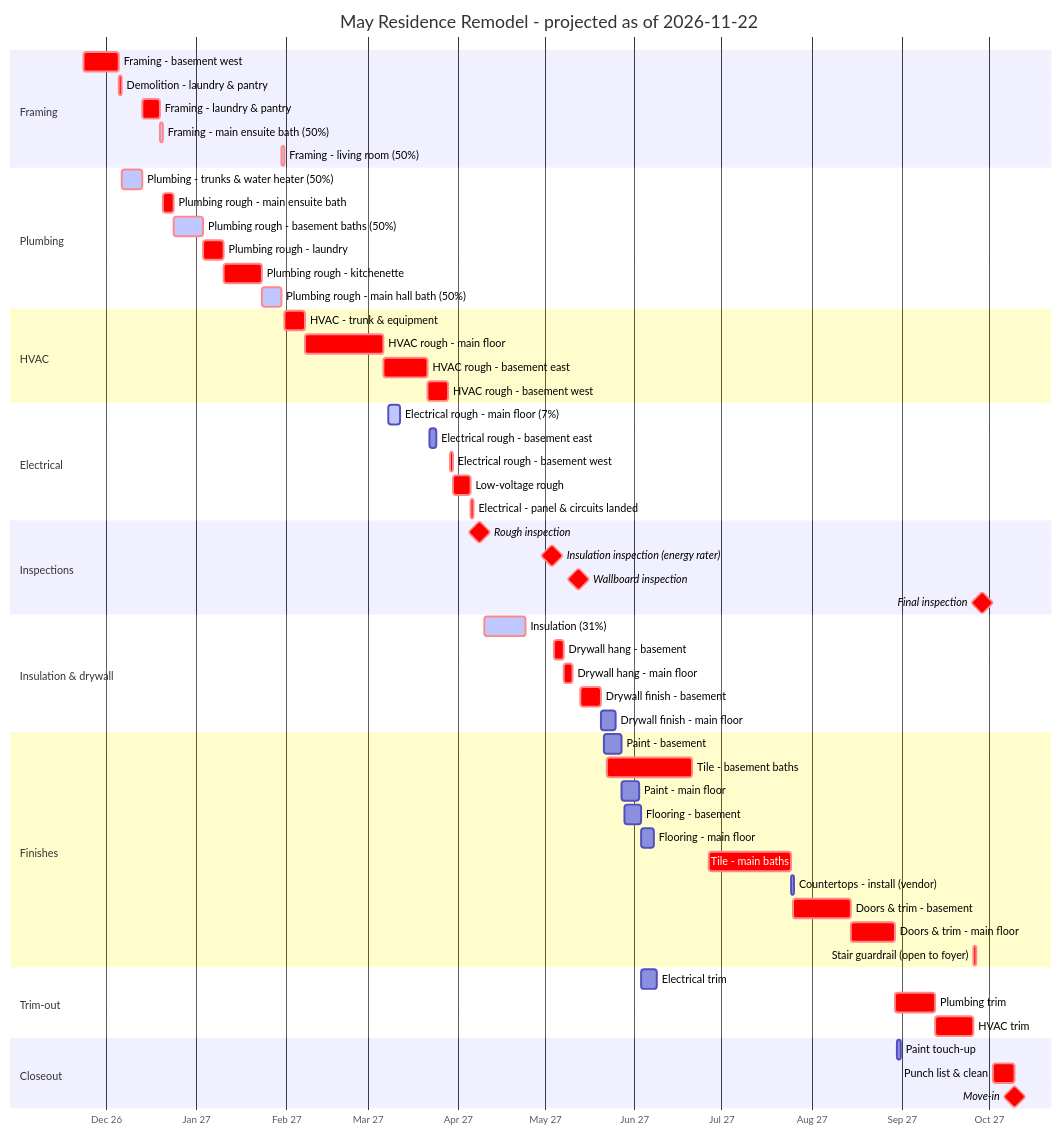
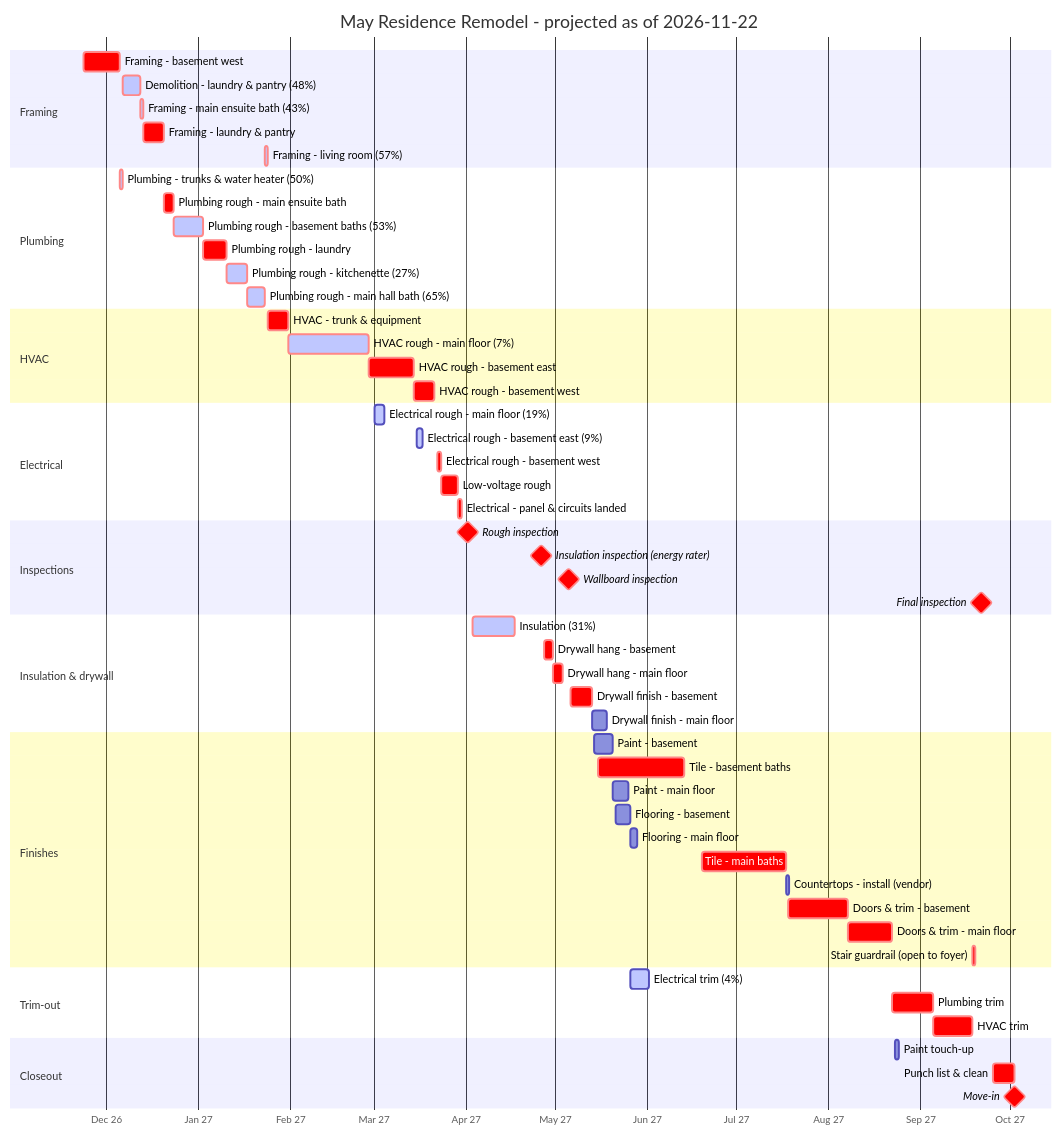
Before and after one commit to jsharkey/billings: the diagram in SCHEDULE.md, drawn with Mermaid. The commit also changed other lines of this file and 3 other files, not shown here.

First line of the commit message:
Color gantt bars by % done; merge high boxes and ceiling boxes/cans

````diff
--- a/SCHEDULE.md
+++ b/SCHEDULE.md
@@ -17,62 +17,62 @@
 ```mermaid
 gantt
     title May Residence Remodel - projected as of 2026-11-22
     dateFormat YYYY-MM-DD HH:mm
     axisFormat %b %y
     tickInterval 1month
     todayMarker off
     section Framing
     Framing - basement west :crit, fram_bsmt_west, 2026-11-23 08:00, 2026-12-05 11:48
-    Demolition - laundry & pantry :crit, demo_main_laundry, 2026-12-05 11:48, 2026-12-06 13:48
-    Framing - laundry & pantry :crit, fram_main_laundry, 2026-12-13 09:48, 2026-12-19 15:48
-    Framing - main ensuite bath (50%) :active, crit, fram_main_s_bath, 2026-12-19 15:48, 2026-12-20 13:24
-    Framing - living room (50%) :active, crit, fram_main_living, 2027-01-30 10:24, 2027-01-31 10:48
+    Demolition - laundry & pantry (48%) :active, crit, demo_main_laundry, 2026-12-06 15:48, 2026-12-12 13:00
+    Framing - main ensuite bath (43%) :active, crit, fram_main_s_bath, 2026-12-12 13:00, 2026-12-13 11:24
+    Framing - laundry & pantry :crit, fram_main_laundry, 2026-12-13 11:24, 2026-12-20 09:24
+    Framing - living room (57%) :active, crit, fram_main_living, 2027-01-23 10:24, 2027-01-24 09:36
     section Plumbing
-    Plumbing - trunks & water heater (50%) :active, crit, plum_house, 2026-12-06 13:48, 2026-12-13 09:48
-    Plumbing rough - main ensuite bath :crit, plum_main_s_bath, 2026-12-20 13:24, 2026-12-24 11:24
-    Plumbing rough - basement baths (50%) :active, crit, plum_bsmt_baths, 2026-12-24 11:24, 2027-01-03 09:24
-    Plumbing rough - laundry :crit, plum_main_laundry, 2027-01-03 09:24, 2027-01-10 15:24
-    Plumbing rough - kitchenette :crit, plum_bsmt_kitchenette, 2027-01-10 15:24, 2027-01-23 13:24
-    Plumbing rough - main hall bath (50%) :active, crit, plum_main_n_bath, 2027-01-23 13:24, 2027-01-30 10:24
+    Plumbing - trunks & water heater (50%) :active, crit, plum_house, 2026-12-05 11:48, 2026-12-06 15:48
+    Plumbing rough - main ensuite bath :crit, plum_main_s_bath, 2026-12-20 09:24, 2026-12-23 15:24
+    Plumbing rough - basement baths (53%) :active, crit, plum_bsmt_baths, 2026-12-23 15:24, 2027-01-02 11:24
+    Plumbing rough - laundry :crit, plum_main_laundry, 2027-01-02 11:24, 2027-01-10 09:24
+    Plumbing rough - kitchenette (27%) :active, crit, plum_bsmt_kitchenette, 2027-01-10 09:24, 2027-01-17 09:24
+    Plumbing rough - main hall bath (65%) :active, crit, plum_main_n_bath, 2027-01-17 09:24, 2027-01-23 10:24
     section HVAC
-    HVAC - trunk & equipment :crit, hvac_house, 2027-01-31 10:48, 2027-02-07 10:48
-    HVAC rough - main floor :crit, hvac_main, 2027-02-07 10:48, 2027-03-06 14:48
-    HVAC rough - basement east :crit, hvac_bsmt_east, 2027-03-06 14:48, 2027-03-21 14:48
-    HVAC rough - basement west :crit, hvac_bsmt_west, 2027-03-21 14:48, 2027-03-28 14:48
+    HVAC - trunk & equipment :crit, hvac_house, 2027-01-24 09:36, 2027-01-31 09:36
+    HVAC rough - main floor (7%) :active, crit, hvac_main, 2027-01-31 09:36, 2027-02-27 09:36
+    HVAC rough - basement east :crit, hvac_bsmt_east, 2027-02-27 09:36, 2027-03-14 09:36
+    HVAC rough - basement west :crit, hvac_bsmt_west, 2027-03-14 09:36, 2027-03-21 09:36
     section Electrical
-    Electrical rough - main floor (7%) :active, elec_main, 2027-03-08 08:00, 2027-03-12 08:24
-    Electrical rough - basement east :elec_bsmt_east, 2027-03-22 08:00, 2027-03-24 14:00
-    Electrical rough - basement west :crit, elec_bsmt_west, 2027-03-29 08:00, 2027-03-30 14:48
-    Low-voltage rough :crit, lowv_all, 2027-03-30 14:48, 2027-04-05 08:48
-    Electrical - panel & circuits landed :crit, elec_panel, 2027-04-05 08:48, 2027-04-06 12:48
+    Electrical rough - main floor (19%) :active, elec_main, 2027-03-01 08:00, 2027-03-04 12:19
+    Electrical rough - basement east (9%) :active, elec_bsmt_east, 2027-03-15 08:00, 2027-03-17 12:05
+    Electrical rough - basement west :crit, elec_bsmt_west, 2027-03-22 08:00, 2027-03-23 14:48
+    Low-voltage rough :crit, lowv_all, 2027-03-23 14:48, 2027-03-29 08:48
+    Electrical - panel & circuits landed :crit, elec_panel, 2027-03-29 08:48, 2027-03-30 12:48
     section Inspections
-    Rough inspection :milestone, crit, insp_rough, 2027-04-08 12:00, 0d
-    Insulation inspection (energy rater) :milestone, crit, insp_insl, 2027-05-03 12:00, 0d
-    Wallboard inspection :milestone, crit, insp_board, 2027-05-12 12:00, 0d
-    Final inspection :milestone, crit, insp_final, 2027-09-28 12:00, 0d
+    Rough inspection :milestone, crit, insp_rough, 2027-04-01 12:00, 0d
+    Insulation inspection (energy rater) :milestone, crit, insp_insl, 2027-04-26 12:00, 0d
+    Wallboard inspection :milestone, crit, insp_board, 2027-05-05 12:00, 0d
+    Final inspection :milestone, crit, insp_final, 2027-09-21 12:00, 0d
     section Insulation & drywall
-    Insulation (31%) :active, crit, insl_all, 2027-04-10 08:00, 2027-04-24 12:00
-    Drywall hang - basement :crit, dryw_hang_bsmt, 2027-05-04 08:00, 2027-05-07 09:46
-    Drywall hang - main floor :crit, dryw_hang_main, 2027-05-07 09:46, 2027-05-10 13:10
-    Drywall finish - basement :crit, dryw_fin_bsmt, 2027-05-13 08:00, 2027-05-20 12:10
-    Drywall finish - main floor :dryw_fin_main, 2027-05-20 12:10, 2027-05-25 09:46
+    Insulation (31%) :active, crit, insl_all, 2027-04-03 08:00, 2027-04-17 12:00
+    Drywall hang - basement :crit, dryw_hang_bsmt, 2027-04-27 08:00, 2027-04-30 09:46
+    Drywall hang - main floor :crit, dryw_hang_main, 2027-04-30 09:46, 2027-05-03 13:10
+    Drywall finish - basement :crit, dryw_fin_bsmt, 2027-05-06 08:00, 2027-05-13 12:10
+    Drywall finish - main floor :dryw_fin_main, 2027-05-13 12:10, 2027-05-18 09:46
     section Finishes
-    Paint - basement :pant_bsmt, 2027-05-21 08:00, 2027-05-27 08:02
-    Tile - basement baths :crit, tile_bsmt_baths, 2027-05-22 08:00, 2027-06-20 16:00
-    Paint - main floor :pant_main, 2027-05-27 08:02, 2027-06-02 15:22
-    Flooring - basement :flor_bsmt, 2027-05-28 08:00, 2027-06-03 08:38
-    Flooring - main floor :flor_main, 2027-06-03 08:38, 2027-06-07 16:00
-    Tile - main baths :crit, tile_main_baths, 2027-06-26 08:00, 2027-07-24 16:00
-    Countertops - install (vendor) :ctop_install, 2027-07-24 16:00, 2027-07-25 16:00
-    Doors & trim - basement :crit, trim_bsmt, 2027-07-25 08:00, 2027-08-14 12:10
-    Doors & trim - main floor :crit, trim_main, 2027-08-14 12:10, 2027-08-29 13:55
-    Stair guardrail (open to foyer) :crit, rail_stair, 2027-09-25 09:55, 2027-09-26 13:55
+    Paint - basement :pant_bsmt, 2027-05-14 08:00, 2027-05-20 08:02
+    Tile - basement baths :crit, tile_bsmt_baths, 2027-05-15 08:00, 2027-06-13 16:00
+    Paint - main floor :pant_main, 2027-05-20 08:02, 2027-05-25 15:22
+    Flooring - basement :flor_bsmt, 2027-05-21 08:00, 2027-05-26 08:38
+    Flooring - main floor :flor_main, 2027-05-26 08:38, 2027-05-28 16:00
+    Tile - main baths :crit, tile_main_baths, 2027-06-19 08:00, 2027-07-17 16:00
+    Countertops - install (vendor) :ctop_install, 2027-07-17 16:00, 2027-07-18 16:00
+    Doors & trim - basement :crit, trim_bsmt, 2027-07-18 08:00, 2027-08-07 12:10
+    Doors & trim - main floor :crit, trim_main, 2027-08-07 12:10, 2027-08-22 13:55
+    Stair guardrail (open to foyer) :crit, rail_stair, 2027-09-18 09:55, 2027-09-19 13:55
     section Trim-out
-    Electrical trim :elec_trim, 2027-06-03 08:00, 2027-06-08 15:36
-    Plumbing trim :crit, plum_trim, 2027-08-29 13:55, 2027-09-12 09:55
-    HVAC trim :crit, hvac_trim, 2027-09-12 09:55, 2027-09-25 09:55
+    Electrical trim (4%) :active, elec_trim, 2027-05-26 08:00, 2027-06-01 14:24
+    Plumbing trim :crit, plum_trim, 2027-08-22 13:55, 2027-09-05 09:55
+    HVAC trim :crit, hvac_trim, 2027-09-05 09:55, 2027-09-18 09:55
     section Closeout
-    Paint touch-up :pant_touchup, 2027-08-30 08:00, 2027-08-31 16:00
-    Punch list & clean :crit, punch_clean, 2027-10-02 08:00, 2027-10-09 16:00
-    Move-in :milestone, crit, mile_movein, 2027-10-09 16:00, 0d
+    Paint touch-up :pant_touchup, 2027-08-23 08:00, 2027-08-24 16:00
+    Punch list & clean :crit, punch_clean, 2027-09-25 08:00, 2027-10-02 16:00
+    Move-in :milestone, crit, mile_movein, 2027-10-02 16:00, 0d
 ```
````
